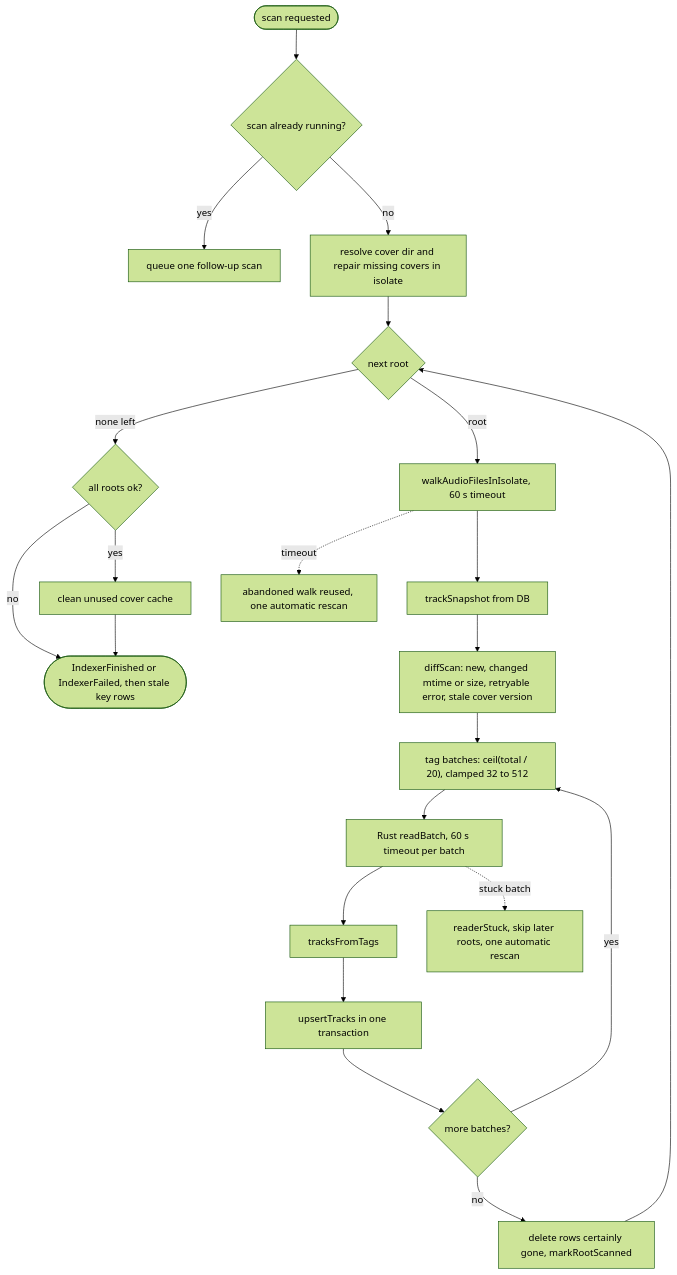
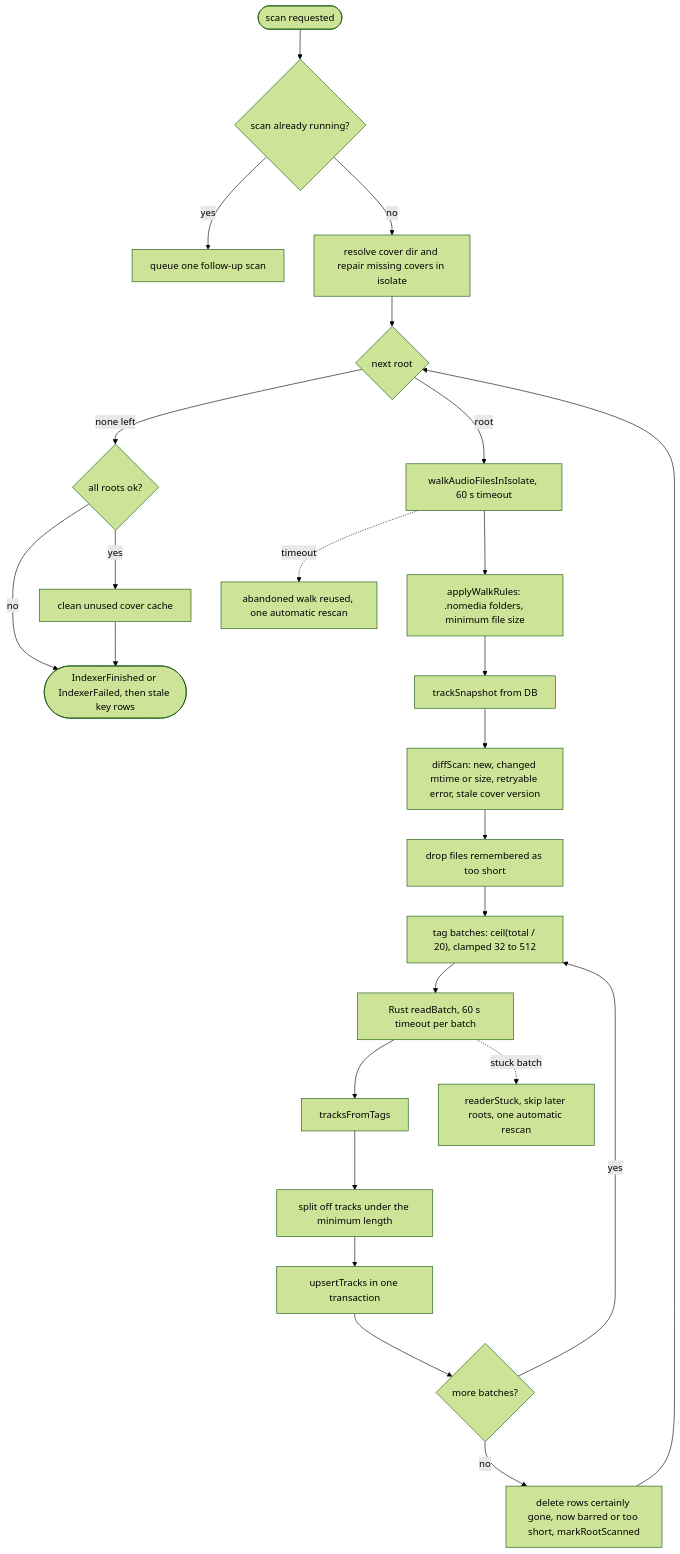
One commit to kanaru313/kanaru changed the third of 8 diagrams in docs/system-architecture.md. Above: the diagram before and after it, drawn with Mermaid (forest theme). The commit also changed other lines of this file and 18 other files, not shown here.

Commit message:
feat(indexer): skip .nomedia folders, small files and short tracks when scanning

````diff
--- a/docs/system-architecture.md
+++ b/docs/system-architecture.md
@@ -145,26 +145,29 @@
 ```mermaid
 flowchart TD
     Start(["scan requested"]) --> Busy{"scan already running?"}
     Busy -- yes --> Follow["queue one follow-up scan"]
     Busy -- no --> Covers["resolve cover dir and repair missing covers in isolate"]
     Covers --> Root{"next root"}
     Root -- none left --> Clean{"all roots ok?"}
     Clean -- yes --> CleanCovers["clean unused cover cache"]
     Clean -- no --> Done
     CleanCovers --> Done(["IndexerFinished or IndexerFailed, then stale key rows"])
 
     Root -- "root" --> Walk["walkAudioFilesInIsolate, 60 s timeout"]
-    Walk --> Snap["trackSnapshot from DB"]
+    Walk --> Rules["applyWalkRules: .nomedia folders, minimum file size"]
+    Rules --> Snap["trackSnapshot from DB"]
     Snap --> Diff["diffScan: new, changed mtime or size, retryable error, stale cover version"]
-    Diff --> Batches["tag batches: ceil(total / 20), clamped 32 to 512"]
+    Diff --> Memo["drop files remembered as too short"]
+    Memo --> Batches["tag batches: ceil(total / 20), clamped 32 to 512"]
     Batches --> Read["Rust readBatch, 60 s timeout per batch"]
     Read --> Map["tracksFromTags"]
-    Map --> Upsert["upsertTracks in one transaction"]
+    Map --> Short["split off tracks under the minimum length"]
+    Short --> Upsert["upsertTracks in one transaction"]
     Upsert --> More{"more batches?"}
     More -- yes --> Batches
-    More -- no --> Gone["delete rows certainly gone, markRootScanned"]
+    More -- no --> Gone["delete rows certainly gone, now barred or too short, markRootScanned"]
     Gone --> Root
 
     Walk -. "timeout" .-> Stall["abandoned walk reused, one automatic rescan"]
     Read -. "stuck batch" .-> Stall2["readerStuck, skip later roots, one automatic rescan"]
 ```
````
